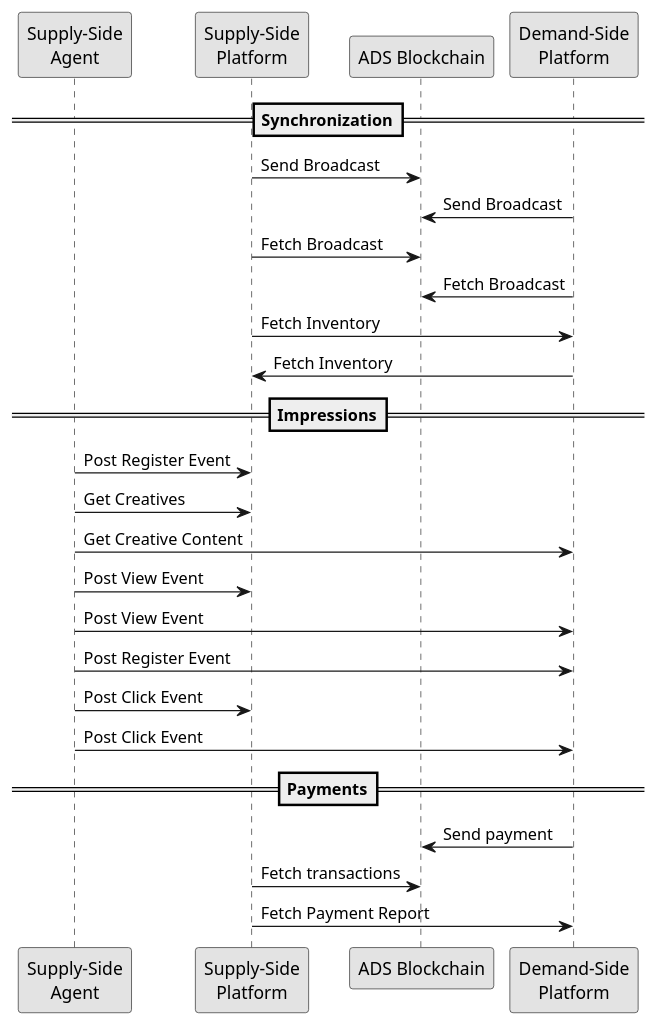
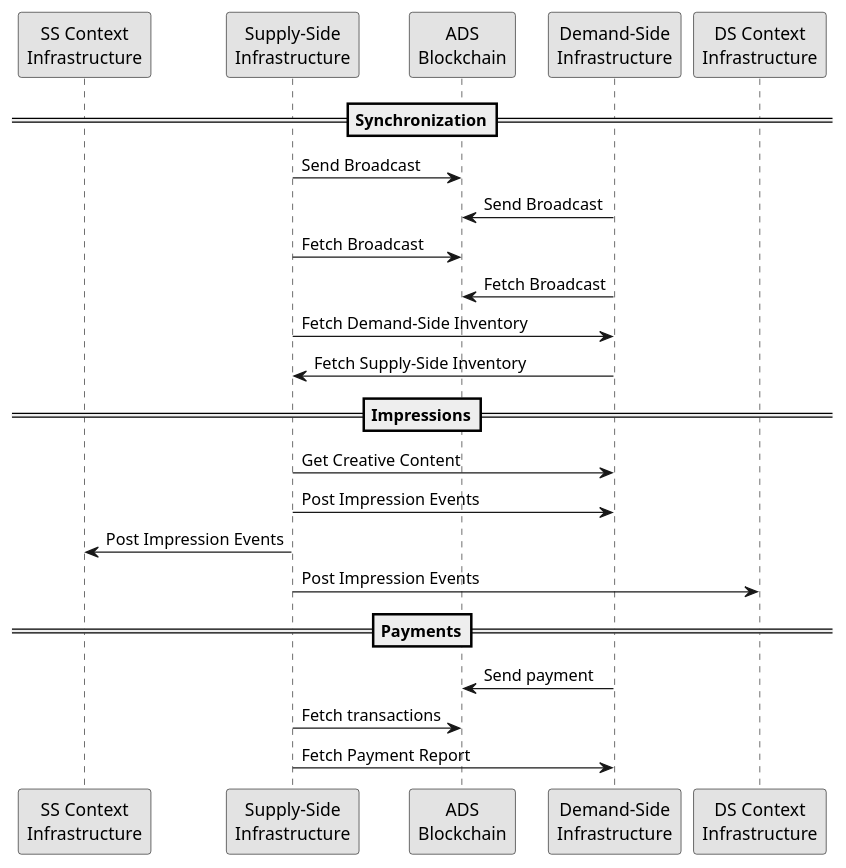
The diagram in protocol/index.rst (adshares/adshares-docs), drawn with PlantUML before and after one commit. The commit also changed other lines of this file and 8 other files, not shown here.

```diff
--- a/protocol/index.rst
+++ b/protocol/index.rst
@@ -15,37 +20,32 @@
 .. uml::
     :align: center
 
     skinparam monochrome true
 
-    participant "Supply-Side\nAgent"        as SSA
-    participant "Supply-Side\nPlatform"     as SSP
-    participant "ADS Blockchain"            as blockchain
-    participant "Demand-Side\nPlatform"     as DSP
+    participant "SS Context\nInfrastructure"      as SSCI
+    participant "Supply-Side\nInfrastructure"     as SSI
+    participant "ADS\nBlockchain"                 as blockchain
+    participant "Demand-Side\nInfrastructure"     as DSI
+    participant "DS Context\nInfrastructure"      as DSCI
     
     ==Synchronization==
 
-    SSP -> blockchain: Send Broadcast
-    DSP -> blockchain: Send Broadcast
-    SSP -> blockchain: Fetch Broadcast
-    DSP -> blockchain: Fetch Broadcast
-    SSP -> DSP: Fetch Inventory
-    DSP -> SSP: Fetch Inventory
+    SSI -> blockchain: Send Broadcast
+    DSI -> blockchain: Send Broadcast
+    SSI -> blockchain: Fetch Broadcast
+    DSI -> blockchain: Fetch Broadcast
+    SSI -> DSI: Fetch Demand-Side Inventory
+    DSI -> SSI: Fetch Supply-Side Inventory
 
     ==Impressions==
 
-    SSA -> SSP: Post Register Event
-    SSA -> SSP: Get Creatives
-    SSA -> DSP: Get Creative Content
-
-    SSA -> SSP: Post View Event
-    SSA -> DSP: Post View Event
-    SSA -> DSP: Post Register Event
-
-    SSA -> SSP: Post Click Event
-    SSA -> DSP: Post Click Event
+    SSI -> DSI: Get Creative Content
+    SSI -> DSI: Post Impression Events
+    SSI -> SSCI: Post Impression Events
+    SSI -> DSCI: Post Impression Events
 
     ==Payments==
 
-    DSP -> blockchain: Send payment
-    SSP -> blockchain: Fetch transactions
-    SSP -> DSP: Fetch Payment Report
+    DSI -> blockchain: Send payment
+    SSI -> blockchain: Fetch transactions
+    SSI -> DSI: Fetch Payment Report
```
